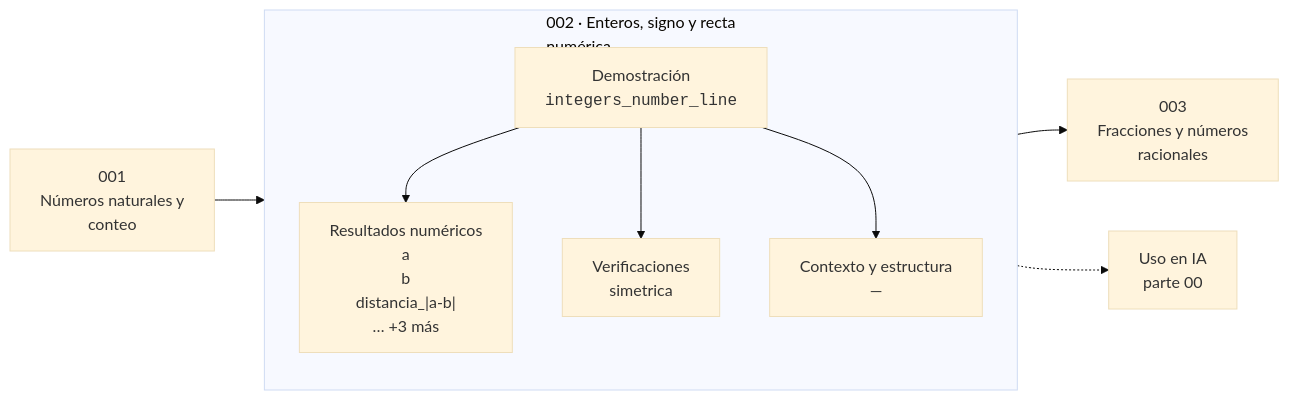
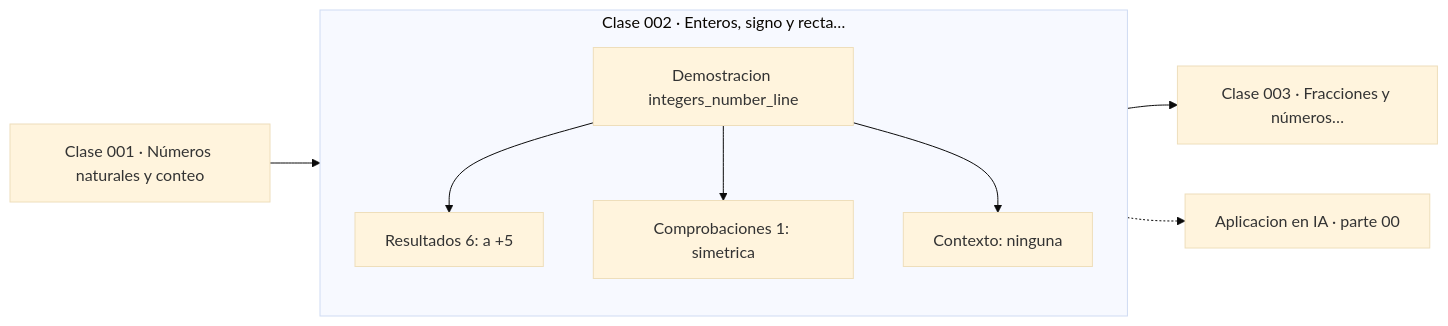
The diagram in classes/part-00-pensamiento-matematico-desde-cero/002-enteros-signo-y-recta-numerica/README.md (vladimiracunadev-create/computational-mathematics-program), drawn with Mermaid (base theme) before and after one commit. The commit also changed 389 other files, not shown here.

First line of the commit message:
fix(diagramas): elimina el HTML de las etiquetas Mermaid

````diff
--- a/classes/part-00-pensamiento-matematico-desde-cero/002-enteros-signo-y-recta-numerica/README.md
+++ b/classes/part-00-pensamiento-matematico-desde-cero/002-enteros-signo-y-recta-numerica/README.md
@@ -35,12 +35,13 @@
 ```mermaid
 flowchart LR
-    P["001<br/>Números naturales y<br/>conteo"] --> C
-    subgraph C["002 · Enteros, signo y recta<br/>numérica"]
+    P["Clase 001 · Números naturales y conteo"] --> D
+    subgraph CLASE["Clase 002 · Enteros, signo y recta…"]
         direction TB
-        D["Demostración<br/><code>integers_number_line</code>"] --> R["Resultados numéricos<br/>a<br/>b<br/>distancia_|a-b|<br/>… +3 más"]
-        D --> V["Verificaciones<br/>simetrica"]
-        D --> O["Contexto y estructura<br/>—"]
+        D["Demostracion integers_number_line"]
+        D --> R["Resultados 6: a +5"]
+        D --> V["Comprobaciones 1: simetrica"]
+        D --> O["Contexto: ninguna"]
     end
-    C --> N["003<br/>Fracciones y números<br/>racionales"]
-    C -.-> IA["Uso en IA<br/>parte 00"]
+    R --> N["Clase 003 · Fracciones y números…"]
+    V -.-> IA["Aplicacion en IA · parte 00"]
 ```
````
